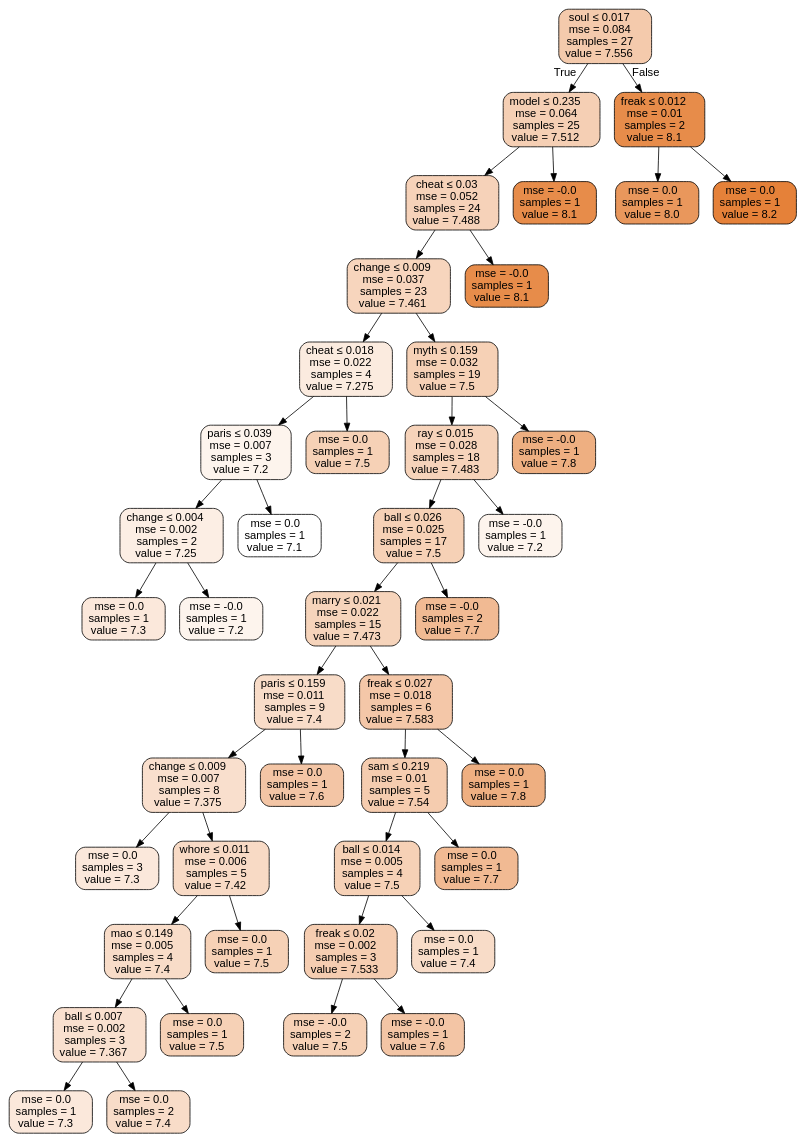
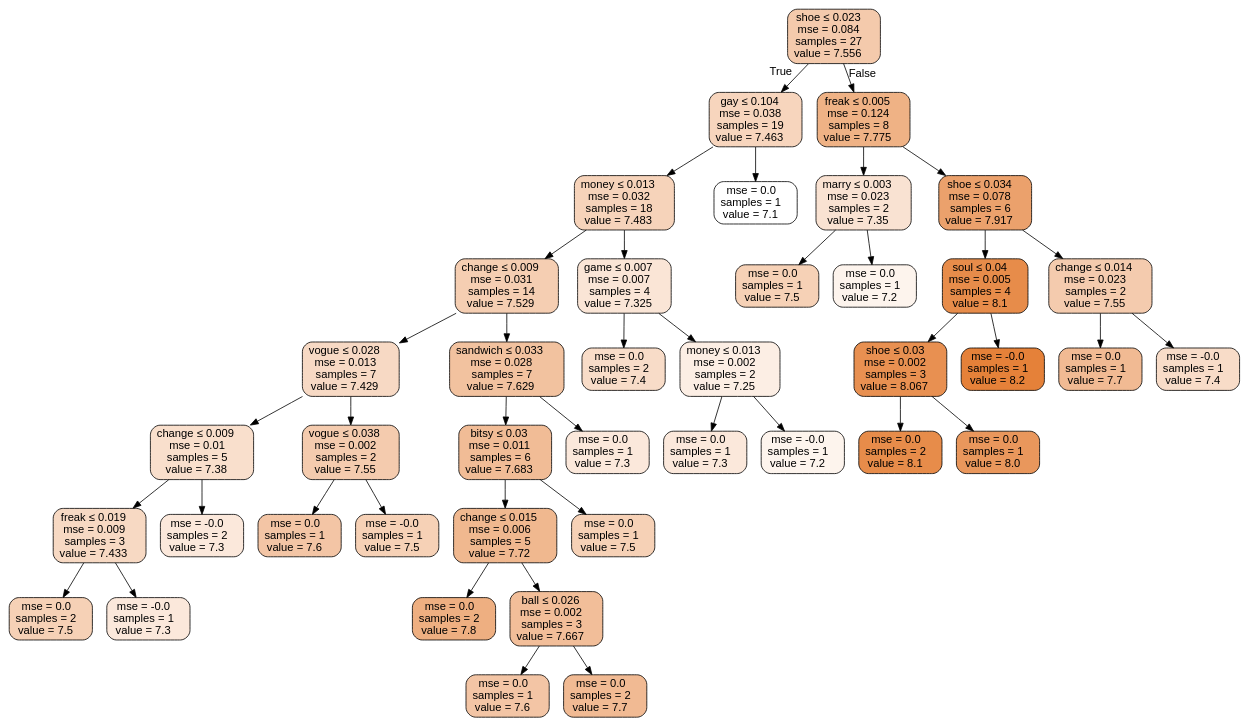
The diagram in boston_tree.dot (ranilovi/SATC_rating_prediction), drawn with Graphviz before and after one commit. The commit also changed 4 other files, not shown here.

```diff
--- a/boston_tree.dot
+++ b/boston_tree.dot
@@ -1,89 +1,85 @@
 digraph Tree {
 node [shape=box, style="filled, rounded", color="black", fontname=helvetica] ;
 edge [fontname=helvetica] ;
-0 [label=<soul &le; 0.017<br/>mse = 0.084<br/>samples = 27<br/>value = 7.556>, fillcolor="#e581396a"] ;
-1 [label=<model &le; 0.235<br/>mse = 0.064<br/>samples = 25<br/>value = 7.512>, fillcolor="#e5813960"] ;
+0 [label=<shoe &le; 0.023<br/>mse = 0.084<br/>samples = 27<br/>value = 7.556>, fillcolor="#e581396a"] ;
+1 [label=<gay &le; 0.104<br/>mse = 0.038<br/>samples = 19<br/>value = 7.463>, fillcolor="#e5813954"] ;
 0 -> 1 [labeldistance=2.5, labelangle=45, headlabel="True"] ;
-2 [label=<cheat &le; 0.03<br/>mse = 0.052<br/>samples = 24<br/>value = 7.488>, fillcolor="#e581395a"] ;
+2 [label=<money &le; 0.013<br/>mse = 0.032<br/>samples = 18<br/>value = 7.483>, fillcolor="#e5813959"] ;
 1 -> 2 ;
-3 [label=<change &le; 0.009<br/>mse = 0.037<br/>samples = 23<br/>value = 7.461>, fillcolor="#e5813954"] ;
+3 [label=<change &le; 0.009<br/>mse = 0.031<br/>samples = 14<br/>value = 7.529>, fillcolor="#e5813963"] ;
 2 -> 3 ;
-4 [label=<cheat &le; 0.018<br/>mse = 0.022<br/>samples = 4<br/>value = 7.275>, fillcolor="#e5813929"] ;
+4 [label=<vogue &le; 0.028<br/>mse = 0.013<br/>samples = 7<br/>value = 7.429>, fillcolor="#e581394c"] ;
 3 -> 4 ;
-5 [label=<paris &le; 0.039<br/>mse = 0.007<br/>samples = 3<br/>value = 7.2>, fillcolor="#e5813917"] ;
+5 [label=<change &le; 0.009<br/>mse = 0.01<br/>samples = 5<br/>value = 7.38>, fillcolor="#e5813941"] ;
 4 -> 5 ;
-6 [label=<change &le; 0.004<br/>mse = 0.002<br/>samples = 2<br/>value = 7.25>, fillcolor="#e5813923"] ;
+6 [label=<freak &le; 0.019<br/>mse = 0.009<br/>samples = 3<br/>value = 7.433>, fillcolor="#e581394d"] ;
 5 -> 6 ;
-7 [label=<mse = 0.0<br/>samples = 1<br/>value = 7.3>, fillcolor="#e581392e"] ;
+7 [label=<mse = 0.0<br/>samples = 2<br/>value = 7.5>, fillcolor="#e581395d"] ;
 6 -> 7 ;
-8 [label=<mse = -0.0<br/>samples = 1<br/>value = 7.2>, fillcolor="#e5813917"] ;
+8 [label=<mse = -0.0<br/>samples = 1<br/>value = 7.3>, fillcolor="#e581392e"] ;
 6 -> 8 ;
-9 [label=<mse = 0.0<br/>samples = 1<br/>value = 7.1>, fillcolor="#e5813900"] ;
+9 [label=<mse = -0.0<br/>samples = 2<br/>value = 7.3>, fillcolor="#e581392e"] ;
 5 -> 9 ;
-10 [label=<mse = 0.0<br/>samples = 1<br/>value = 7.5>, fillcolor="#e581395d"] ;
+10 [label=<vogue &le; 0.038<br/>mse = 0.002<br/>samples = 2<br/>value = 7.55>, fillcolor="#e5813968"] ;
 4 -> 10 ;
-11 [label=<myth &le; 0.159<br/>mse = 0.032<br/>samples = 19<br/>value = 7.5>, fillcolor="#e581395d"] ;
-3 -> 11 ;
-12 [label=<ray &le; 0.015<br/>mse = 0.028<br/>samples = 18<br/>value = 7.483>, fillcolor="#e5813959"] ;
-11 -> 12 ;
-13 [label=<ball &le; 0.026<br/>mse = 0.025<br/>samples = 17<br/>value = 7.5>, fillcolor="#e581395d"] ;
-12 -> 13 ;
-14 [label=<marry &le; 0.021<br/>mse = 0.022<br/>samples = 15<br/>value = 7.473>, fillcolor="#e5813957"] ;
+11 [label=<mse = 0.0<br/>samples = 1<br/>value = 7.6>, fillcolor="#e5813974"] ;
+10 -> 11 ;
+12 [label=<mse = -0.0<br/>samples = 1<br/>value = 7.5>, fillcolor="#e581395d"] ;
+10 -> 12 ;
+13 [label=<sandwich &le; 0.033<br/>mse = 0.028<br/>samples = 7<br/>value = 7.629>, fillcolor="#e581397b"] ;
+3 -> 13 ;
+14 [label=<bitsy &le; 0.03<br/>mse = 0.011<br/>samples = 6<br/>value = 7.683>, fillcolor="#e5813987"] ;
 13 -> 14 ;
-15 [label=<paris &le; 0.159<br/>mse = 0.011<br/>samples = 9<br/>value = 7.4>, fillcolor="#e5813946"] ;
+15 [label=<change &le; 0.015<br/>mse = 0.006<br/>samples = 5<br/>value = 7.72>, fillcolor="#e5813990"] ;
 14 -> 15 ;
-16 [label=<change &le; 0.009<br/>mse = 0.007<br/>samples = 8<br/>value = 7.375>, fillcolor="#e5813940"] ;
+16 [label=<mse = 0.0<br/>samples = 2<br/>value = 7.8>, fillcolor="#e58139a2"] ;
 15 -> 16 ;
-17 [label=<mse = 0.0<br/>samples = 3<br/>value = 7.3>, fillcolor="#e581392e"] ;
-16 -> 17 ;
-18 [label=<whore &le; 0.011<br/>mse = 0.006<br/>samples = 5<br/>value = 7.42>, fillcolor="#e581394a"] ;
-16 -> 18 ;
-19 [label=<mao &le; 0.149<br/>mse = 0.005<br/>samples = 4<br/>value = 7.4>, fillcolor="#e5813946"] ;
-18 -> 19 ;
-20 [label=<ball &le; 0.007<br/>mse = 0.002<br/>samples = 3<br/>value = 7.367>, fillcolor="#e581393e"] ;
-19 -> 20 ;
+17 [label=<ball &le; 0.026<br/>mse = 0.002<br/>samples = 3<br/>value = 7.667>, fillcolor="#e5813983"] ;
+15 -> 17 ;
+18 [label=<mse = 0.0<br/>samples = 1<br/>value = 7.6>, fillcolor="#e5813974"] ;
+17 -> 18 ;
+19 [label=<mse = 0.0<br/>samples = 2<br/>value = 7.7>, fillcolor="#e581398b"] ;
+17 -> 19 ;
+20 [label=<mse = 0.0<br/>samples = 1<br/>value = 7.5>, fillcolor="#e581395d"] ;
+14 -> 20 ;
 21 [label=<mse = 0.0<br/>samples = 1<br/>value = 7.3>, fillcolor="#e581392e"] ;
-20 -> 21 ;
-22 [label=<mse = 0.0<br/>samples = 2<br/>value = 7.4>, fillcolor="#e5813946"] ;
-20 -> 22 ;
-23 [label=<mse = 0.0<br/>samples = 1<br/>value = 7.5>, fillcolor="#e581395d"] ;
-19 -> 23 ;
-24 [label=<mse = 0.0<br/>samples = 1<br/>value = 7.5>, fillcolor="#e581395d"] ;
-18 -> 24 ;
-25 [label=<mse = 0.0<br/>samples = 1<br/>value = 7.6>, fillcolor="#e5813974"] ;
-15 -> 25 ;
-26 [label=<freak &le; 0.027<br/>mse = 0.018<br/>samples = 6<br/>value = 7.583>, fillcolor="#e5813970"] ;
-14 -> 26 ;
-27 [label=<sam &le; 0.219<br/>mse = 0.01<br/>samples = 5<br/>value = 7.54>, fillcolor="#e5813966"] ;
-26 -> 27 ;
-28 [label=<ball &le; 0.014<br/>mse = 0.005<br/>samples = 4<br/>value = 7.5>, fillcolor="#e581395d"] ;
-27 -> 28 ;
-29 [label=<freak &le; 0.02<br/>mse = 0.002<br/>samples = 3<br/>value = 7.533>, fillcolor="#e5813964"] ;
+13 -> 21 ;
+22 [label=<game &le; 0.007<br/>mse = 0.007<br/>samples = 4<br/>value = 7.325>, fillcolor="#e5813934"] ;
+2 -> 22 ;
+23 [label=<mse = 0.0<br/>samples = 2<br/>value = 7.4>, fillcolor="#e5813946"] ;
+22 -> 23 ;
+24 [label=<money &le; 0.013<br/>mse = 0.002<br/>samples = 2<br/>value = 7.25>, fillcolor="#e5813923"] ;
+22 -> 24 ;
+25 [label=<mse = 0.0<br/>samples = 1<br/>value = 7.3>, fillcolor="#e581392e"] ;
+24 -> 25 ;
+26 [label=<mse = -0.0<br/>samples = 1<br/>value = 7.2>, fillcolor="#e5813917"] ;
+24 -> 26 ;
+27 [label=<mse = 0.0<br/>samples = 1<br/>value = 7.1>, fillcolor="#e5813900"] ;
+1 -> 27 ;
+28 [label=<freak &le; 0.005<br/>mse = 0.124<br/>samples = 8<br/>value = 7.775>, fillcolor="#e581399c"] ;
+0 -> 28 [labeldistance=2.5, labelangle=-45, headlabel="False"] ;
+29 [label=<marry &le; 0.003<br/>mse = 0.023<br/>samples = 2<br/>value = 7.35>, fillcolor="#e581393a"] ;
 28 -> 29 ;
-30 [label=<mse = -0.0<br/>samples = 2<br/>value = 7.5>, fillcolor="#e581395d"] ;
+30 [label=<mse = 0.0<br/>samples = 1<br/>value = 7.5>, fillcolor="#e581395d"] ;
 29 -> 30 ;
-31 [label=<mse = -0.0<br/>samples = 1<br/>value = 7.6>, fillcolor="#e5813974"] ;
+31 [label=<mse = 0.0<br/>samples = 1<br/>value = 7.2>, fillcolor="#e5813917"] ;
 29 -> 31 ;
-32 [label=<mse = 0.0<br/>samples = 1<br/>value = 7.4>, fillcolor="#e5813946"] ;
+32 [label=<shoe &le; 0.034<br/>mse = 0.078<br/>samples = 6<br/>value = 7.917>, fillcolor="#e58139bd"] ;
 28 -> 32 ;
-33 [label=<mse = 0.0<br/>samples = 1<br/>value = 7.7>, fillcolor="#e581398b"] ;
-27 -> 33 ;
-34 [label=<mse = 0.0<br/>samples = 1<br/>value = 7.8>, fillcolor="#e58139a2"] ;
-26 -> 34 ;
-35 [label=<mse = -0.0<br/>samples = 2<br/>value = 7.7>, fillcolor="#e581398b"] ;
-13 -> 35 ;
-36 [label=<mse = -0.0<br/>samples = 1<br/>value = 7.2>, fillcolor="#e5813917"] ;
-12 -> 36 ;
-37 [label=<mse = -0.0<br/>samples = 1<br/>value = 7.8>, fillcolor="#e58139a2"] ;
-11 -> 37 ;
-38 [label=<mse = -0.0<br/>samples = 1<br/>value = 8.1>, fillcolor="#e58139e8"] ;
-2 -> 38 ;
-39 [label=<mse = -0.0<br/>samples = 1<br/>value = 8.1>, fillcolor="#e58139e8"] ;
-1 -> 39 ;
-40 [label=<freak &le; 0.012<br/>mse = 0.01<br/>samples = 2<br/>value = 8.1>, fillcolor="#e58139e8"] ;
-0 -> 40 [labeldistance=2.5, labelangle=-45, headlabel="False"] ;
-41 [label=<mse = 0.0<br/>samples = 1<br/>value = 8.0>, fillcolor="#e58139d1"] ;
-40 -> 41 ;
-42 [label=<mse = 0.0<br/>samples = 1<br/>value = 8.2>, fillcolor="#e58139ff"] ;
-40 -> 42 ;
+33 [label=<soul &le; 0.04<br/>mse = 0.005<br/>samples = 4<br/>value = 8.1>, fillcolor="#e58139e8"] ;
+32 -> 33 ;
+34 [label=<shoe &le; 0.03<br/>mse = 0.002<br/>samples = 3<br/>value = 8.067>, fillcolor="#e58139e0"] ;
+33 -> 34 ;
+35 [label=<mse = 0.0<br/>samples = 2<br/>value = 8.1>, fillcolor="#e58139e8"] ;
+34 -> 35 ;
+36 [label=<mse = 0.0<br/>samples = 1<br/>value = 8.0>, fillcolor="#e58139d1"] ;
+34 -> 36 ;
+37 [label=<mse = -0.0<br/>samples = 1<br/>value = 8.2>, fillcolor="#e58139ff"] ;
+33 -> 37 ;
+38 [label=<change &le; 0.014<br/>mse = 0.023<br/>samples = 2<br/>value = 7.55>, fillcolor="#e5813968"] ;
+32 -> 38 ;
+39 [label=<mse = 0.0<br/>samples = 1<br/>value = 7.7>, fillcolor="#e581398b"] ;
+38 -> 39 ;
+40 [label=<mse = -0.0<br/>samples = 1<br/>value = 7.4>, fillcolor="#e5813946"] ;
+38 -> 40 ;
 }
```
